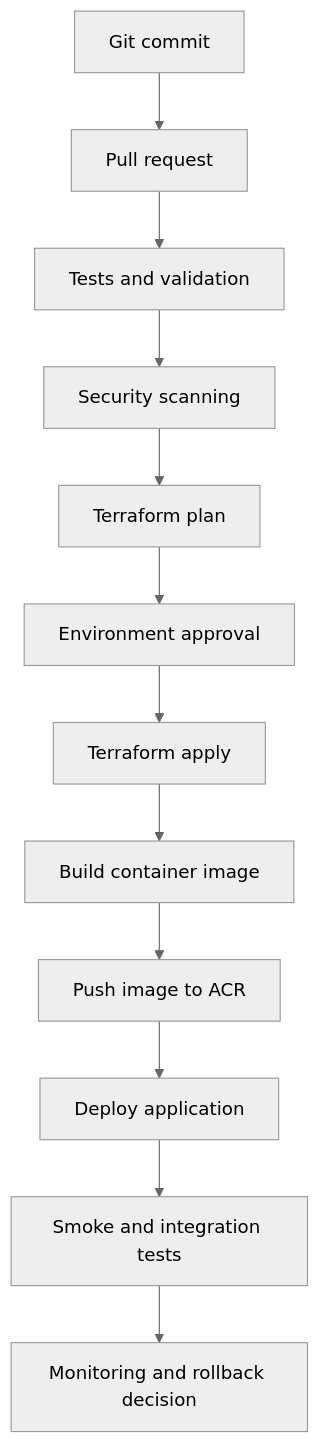
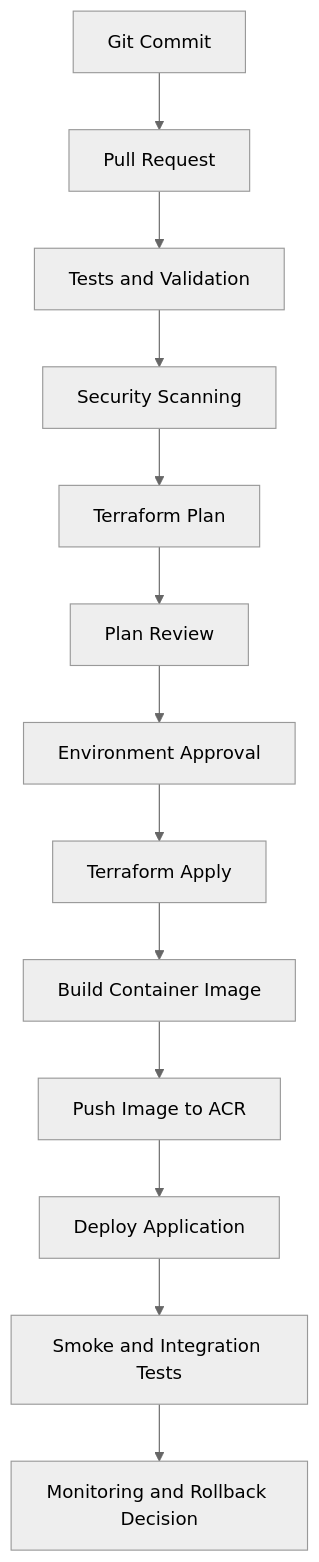
Before and after one commit to Morgein/azure-enterprise-platform-lab: the fourth of 4 diagrams in README.md, drawn with Mermaid (neutral theme). The commit also changed other lines of this file and 8 other files, not shown here.

````diff
--- a/README.md
+++ b/README.md
@@ -228,14 +463,15 @@
 ```mermaid
 flowchart TD
-    Commit["Git commit"] --> PR["Pull request"]
-    PR --> Validate["Tests and validation"]
-    Validate --> Scan["Security scanning"]
-    Scan --> Plan["Terraform plan"]
-    Plan --> Approval["Environment approval"]
-    Approval --> Apply["Terraform apply"]
-    Apply --> Build["Build container image"]
-    Build --> ACR["Push image to ACR"]
-    ACR --> Deploy["Deploy application"]
-    Deploy --> Verify["Smoke and integration tests"]
-    Verify --> Observe["Monitoring and rollback decision"]
+    Commit["Git Commit"] --> PR["Pull Request"]
+    PR --> Validate["Tests and Validation"]
+    Validate --> Scan["Security Scanning"]
+    Scan --> Plan["Terraform Plan"]
+    Plan --> Review["Plan Review"]
+    Review --> Approval["Environment Approval"]
+    Approval --> Apply["Terraform Apply"]
+    Apply --> Build["Build Container Image"]
+    Build --> ACR["Push Image to ACR"]
+    ACR --> Deploy["Deploy Application"]
+    Deploy --> Verify["Smoke and Integration Tests"]
+    Verify --> Observe["Monitoring and Rollback Decision"]
 ```
````
